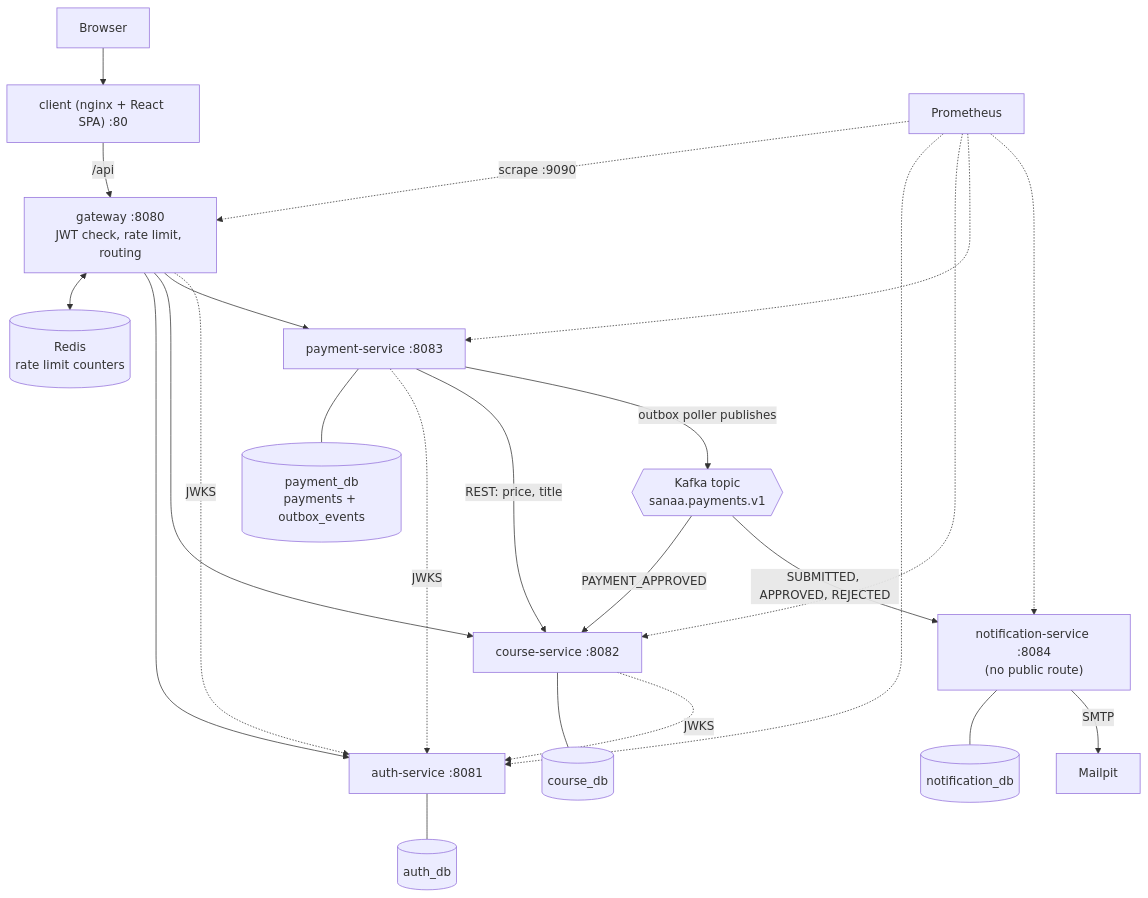
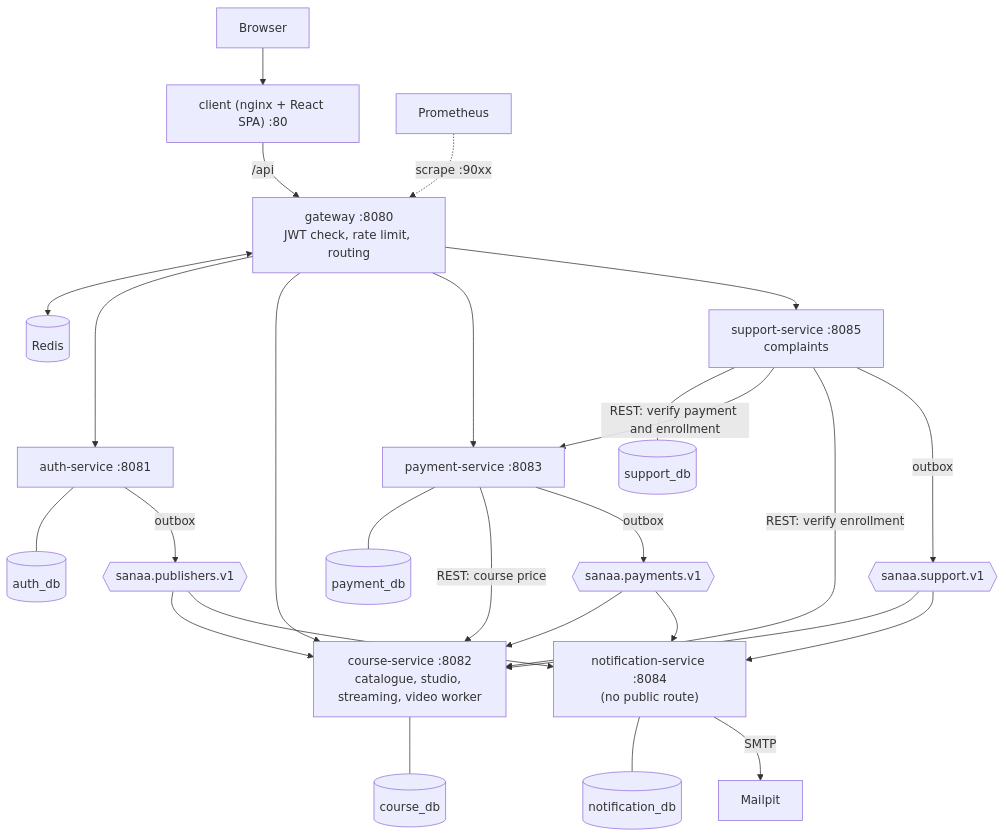
The diagram in docs/architecture.md (ismailelbakassi02/Sanaa), drawn with Mermaid before and after one commit. The commit also changed other lines of this file, not shown here.

Commit message:
docs: architecture v2 (publisher marketplace)

````diff
--- a/docs/architecture.md
+++ b/docs/architecture.md
@@ -23,31 +40,33 @@
 ```mermaid
 flowchart TB
-    Browser["Browser"] --> Client["client (nginx + React SPA) :80"]
+    Browser --> Client["client (nginx + React SPA) :80"]
     Client -->|"/api"| GW["gateway :8080<br/>JWT check, rate limit, routing"]
-    GW <--> Redis[("Redis<br/>rate limit counters")]
+    GW <--> Redis[("Redis")]
 
     GW --> Auth["auth-service :8081"]
-    GW --> Course["course-service :8082"]
+    GW --> Course["course-service :8082<br/>catalogue, studio, streaming, video worker"]
     GW --> Payment["payment-service :8083"]
+    GW --> Support["support-service :8085<br/>complaints"]
 
     Auth --- AuthDB[("auth_db")]
     Course --- CourseDB[("course_db")]
-    Payment --- PaymentDB[("payment_db<br/>payments + outbox_events")]
+    Payment --- PaymentDB[("payment_db")]
+    Support --- SupportDB[("support_db")]
     Notif["notification-service :8084<br/>(no public route)"] --- NotifDB[("notification_db")]
 
-    Course -. "JWKS" .-> Auth
-    Payment -. "JWKS" .-> Auth
-    GW -. "JWKS" .-> Auth
-    Payment -->|"REST: price, title"| Course
+    Payment -->|"REST: course price"| Course
+    Support -->|"REST: verify payment and enrollment"| Payment
+    Support -->|"REST: verify enrollment"| Course
 
-    Payment -->|"outbox poller publishes"| Kafka{{"Kafka topic<br/>sanaa.payments.v1"}}
-    Kafka -->|"PAYMENT_APPROVED"| Course
-    Kafka -->|"SUBMITTED, APPROVED, REJECTED"| Notif
+    Auth -->|"outbox"| T2{{"sanaa.publishers.v1"}}
+    Payment -->|"outbox"| T1{{"sanaa.payments.v1"}}
+    Support -->|"outbox"| T3{{"sanaa.support.v1"}}
+    T1 --> Course
+    T1 --> Notif
+    T2 --> Course
+    T2 --> Notif
+    T3 --> Course
+    T3 --> Notif
     Notif -->|"SMTP"| Mailpit["Mailpit"]
-
-    Prom["Prometheus"] -. "scrape :9090" .-> GW
-    Prom -.-> Auth
-    Prom -.-> Course
-    Prom -.-> Payment
-    Prom -.-> Notif
+    Prom["Prometheus"] -. "scrape :90xx" .-> GW
 ```
````
